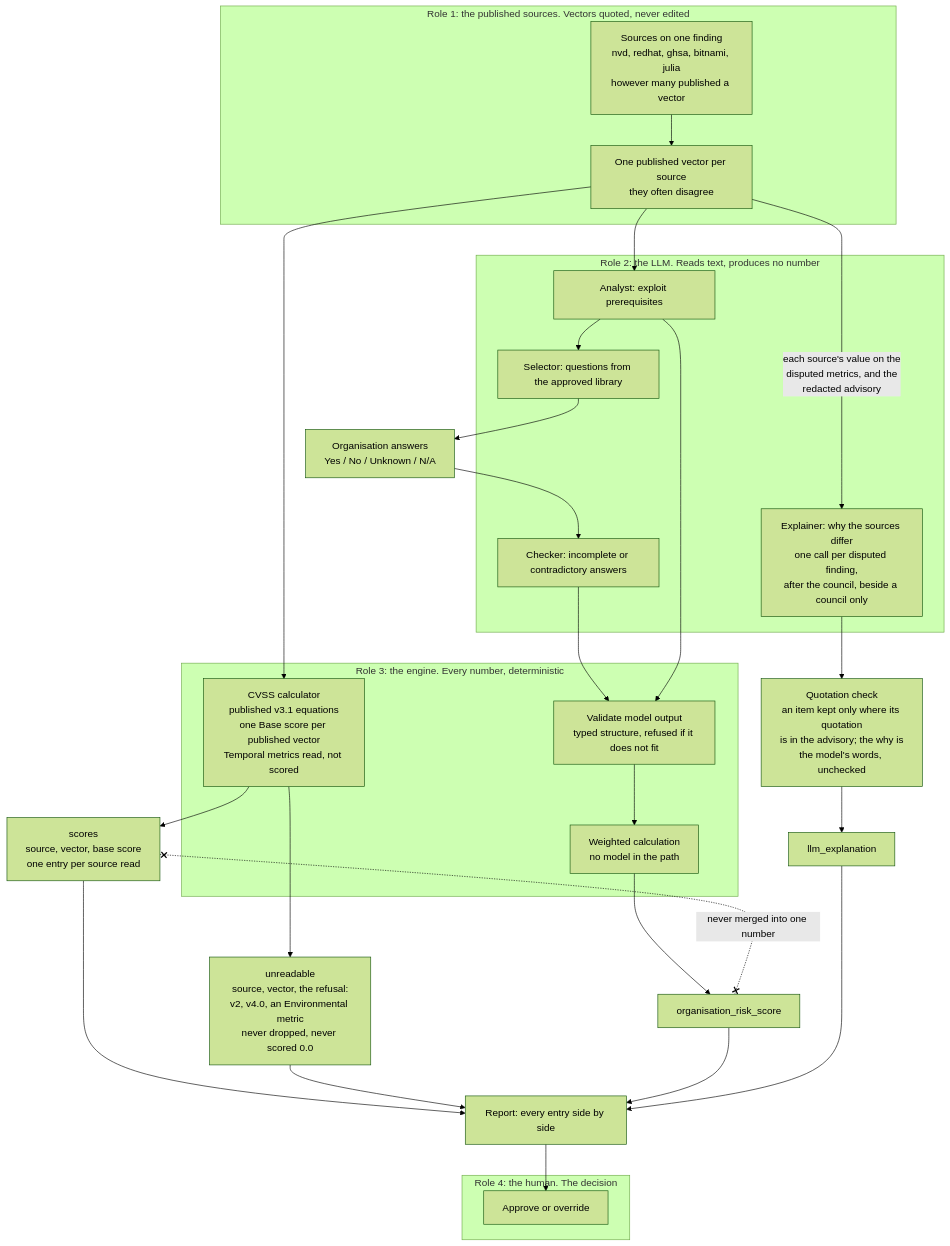
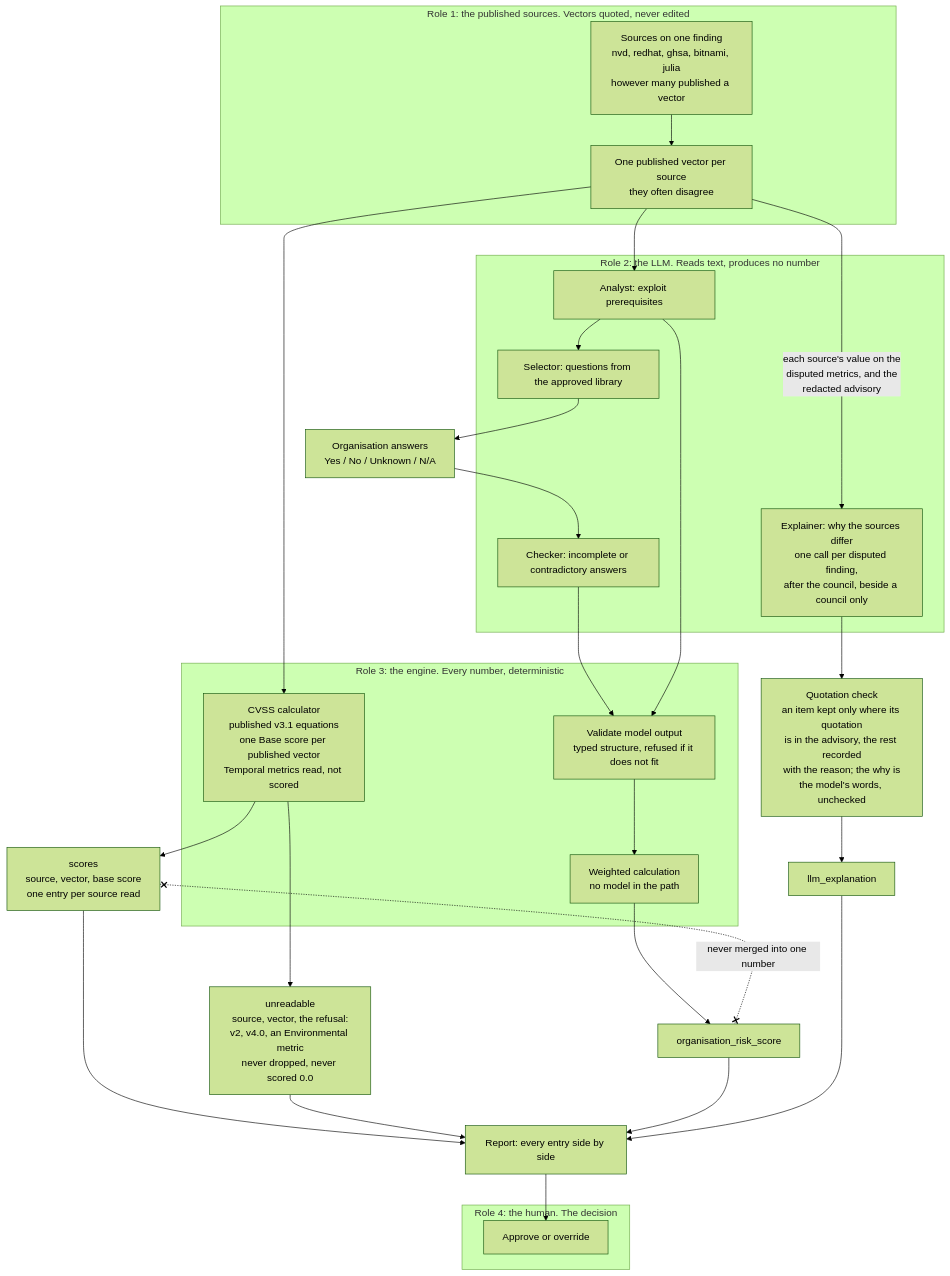
The second of 5 diagrams in docs/diagrams.md (heinthtnaung/AgenticLLMAppAuditor), drawn with Mermaid (forest theme) before and after one commit. The commit also changed other lines of this file and 15 other files, not shown here.

````diff
--- a/docs/diagrams.md
+++ b/docs/diagrams.md
@@ -205,47 +205,47 @@
 ```mermaid
 flowchart TD
     subgraph QUOTED["Role 1: the published sources. Vectors quoted, never edited"]
         srcs["Sources on one finding<br/>nvd, redhat, ghsa, bitnami, julia<br/>however many published a vector"]
         pv["One published vector per source<br/>they often disagree"]
         srcs --> pv
     end
 
     subgraph MODEL["Role 2: the LLM. Reads text, produces no number"]
         anl["Analyst: exploit prerequisites"]
         sel["Selector: questions from the approved library"]
         chk["Checker: incomplete or contradictory answers"]
         exl["Explainer: why the sources differ<br/>one call per disputed finding,<br/>after the council, beside a council only"]
     end
 
     subgraph ENGINE["Role 3: the engine. Every number, deterministic"]
         cvs["CVSS calculator<br/>published v3.1 equations<br/>one Base score per published vector<br/>Temporal metrics read, not scored"]
         val["Validate model output<br/>typed structure, refused if it does not fit"]
         cal["Weighted calculation<br/>no model in the path"]
     end
 
     subgraph HUMAN["Role 4: the human. The decision"]
         dec["Approve or override"]
     end
 
     pv --> anl
     pv --> cvs
     cvs --> f1["scores<br/>source, vector, base score<br/>one entry per source read"]
     cvs --> f2["unreadable<br/>source, vector, the refusal:<br/>v2, v4.0, an Environmental metric<br/>never dropped, never scored 0.0"]
     anl --> sel
     sel --> ans["Organisation answers<br/>Yes / No / Unknown / N/A"]
     ans --> chk
     chk --> val
     anl --> val
     val --> cal
     cal --> f3["organisation_risk_score"]
     pv -->|"each source's value on the<br/>disputed metrics, and the<br/>redacted advisory"| exl
-    exl --> xq["Quotation check<br/>an item kept only where its quotation<br/>is in the advisory; the why is<br/>the model's words, unchecked"]
+    exl --> xq["Quotation check<br/>an item kept only where its quotation<br/>is in the advisory, the rest recorded<br/>with the reason; the why is<br/>the model's words, unchecked"]
     xq --> f4["llm_explanation"]
     f1 --> out["Report: every entry side by side"]
     f2 --> out
     f3 --> out
     f4 --> out
     out --> dec
 
     f1 x-. "never merged into one number" .-x f3
 ```
````
